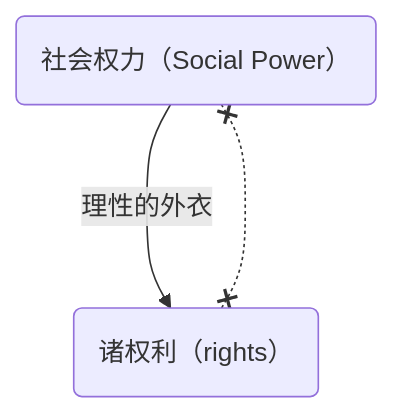
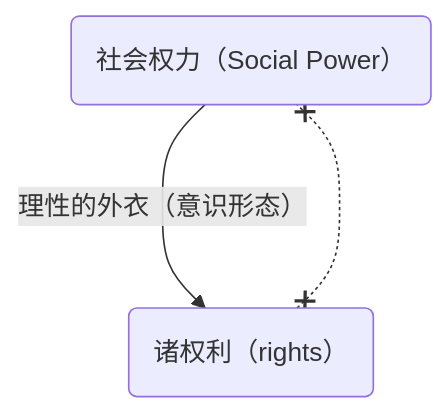
One commit to rainsins/rainsins.github.io changed the second of 3 diagrams in _posts/2024-08-07-marx.md. Above: the diagram before and after it, drawn with Mermaid. The commit also changed other lines of this file and 1 other file, not shown here.

````diff
--- a/_posts/2024-08-07-marx.md
+++ b/_posts/2024-08-07-marx.md
@@ -299,5 +390,5 @@
 ```mermaid
 graph TB
-    A(社会权力（Social Power）) -- 理性的外衣 --->B(诸权利（rights）)
+    A(社会权力（Social Power）) -- 理性的外衣（意识形态） --->B(诸权利（rights）)
     B(诸权利（rights）) x-.-x A(社会权力（Social Power）)
 ```
````
